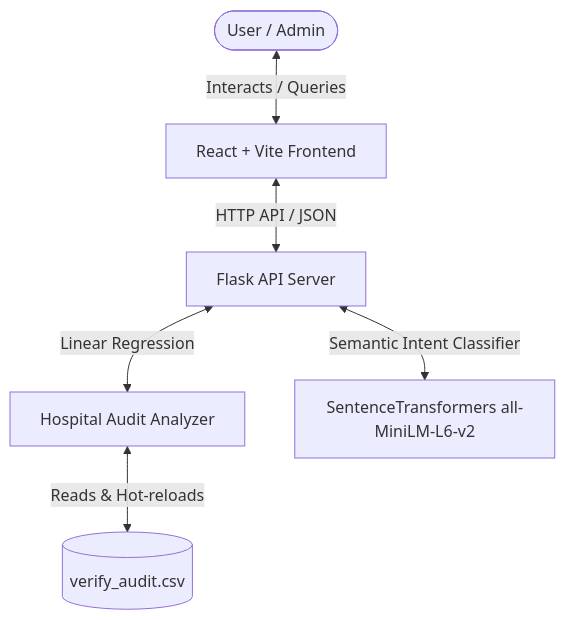
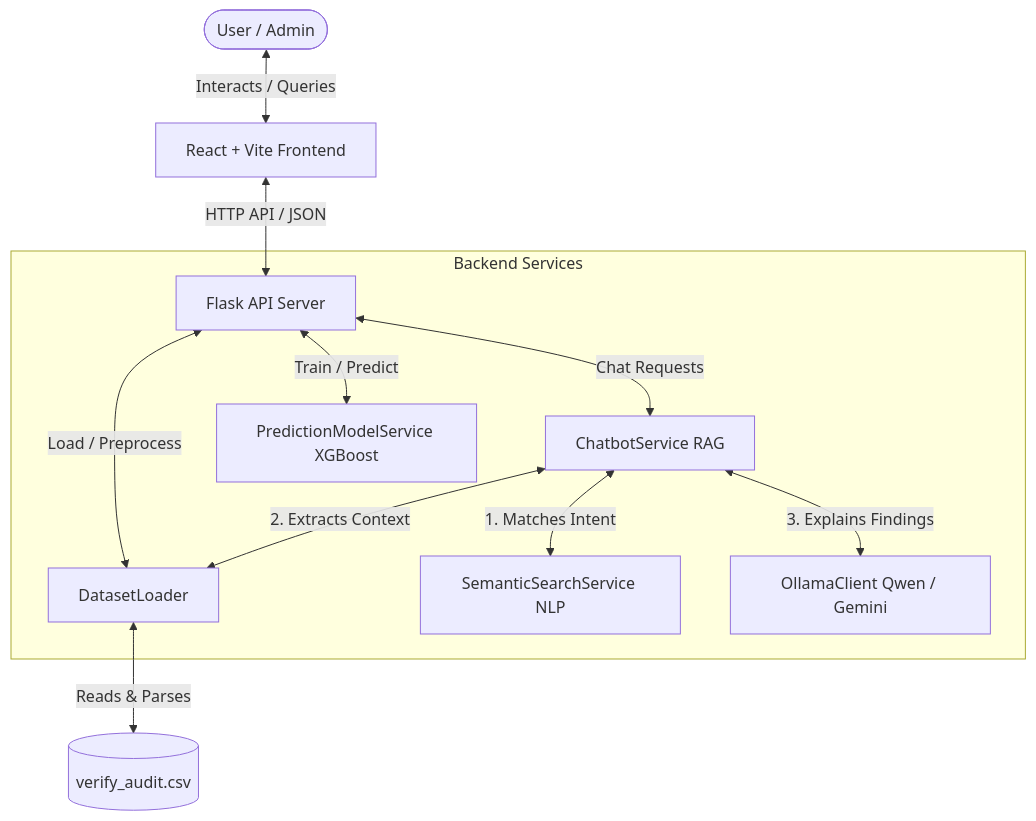
One commit to harshparmar1/Chatbot-demo changed the diagram in README.md. Above: the diagram before and after it, drawn with Mermaid. The commit also changed other lines of this file and 15 other files, not shown here.

````diff
--- a/README.md
+++ b/README.md
@@ -11,8 +13,17 @@
 ```mermaid
 graph TD
     User([User / Admin]) <--> |Interacts / Queries| Frontend[React + Vite Frontend]
     Frontend <--> |HTTP API / JSON| Backend[Flask API Server]
-    Backend <--> |Linear Regression| DataAnalyzer[Hospital Audit Analyzer]
-    Backend <--> |Semantic Intent Classifier| NLPEngine[SentenceTransformers all-MiniLM-L6-v2]
-    DataAnalyzer <--> |Reads & Hot-reloads| CSV[(verify_audit.csv)]
+    
+    subgraph Backend Services
+        Backend <--> |Chat Requests| Chatbot[ChatbotService RAG]
+        Backend <--> |Train / Predict| ML[PredictionModelService XGBoost]
+        Backend <--> |Load / Preprocess| Loader[DatasetLoader]
+        
+        Chatbot <--> |1. Matches Intent| Semantic[SemanticSearchService NLP]
+        Chatbot <--> |2. Extracts Context| Loader
+        Chatbot <--> |3. Explains Findings| Ollama[OllamaClient Qwen / Gemini]
+    end
+    
+    Loader <--> |Reads & Parses| CSV[(verify_audit.csv)]
 ```
````
